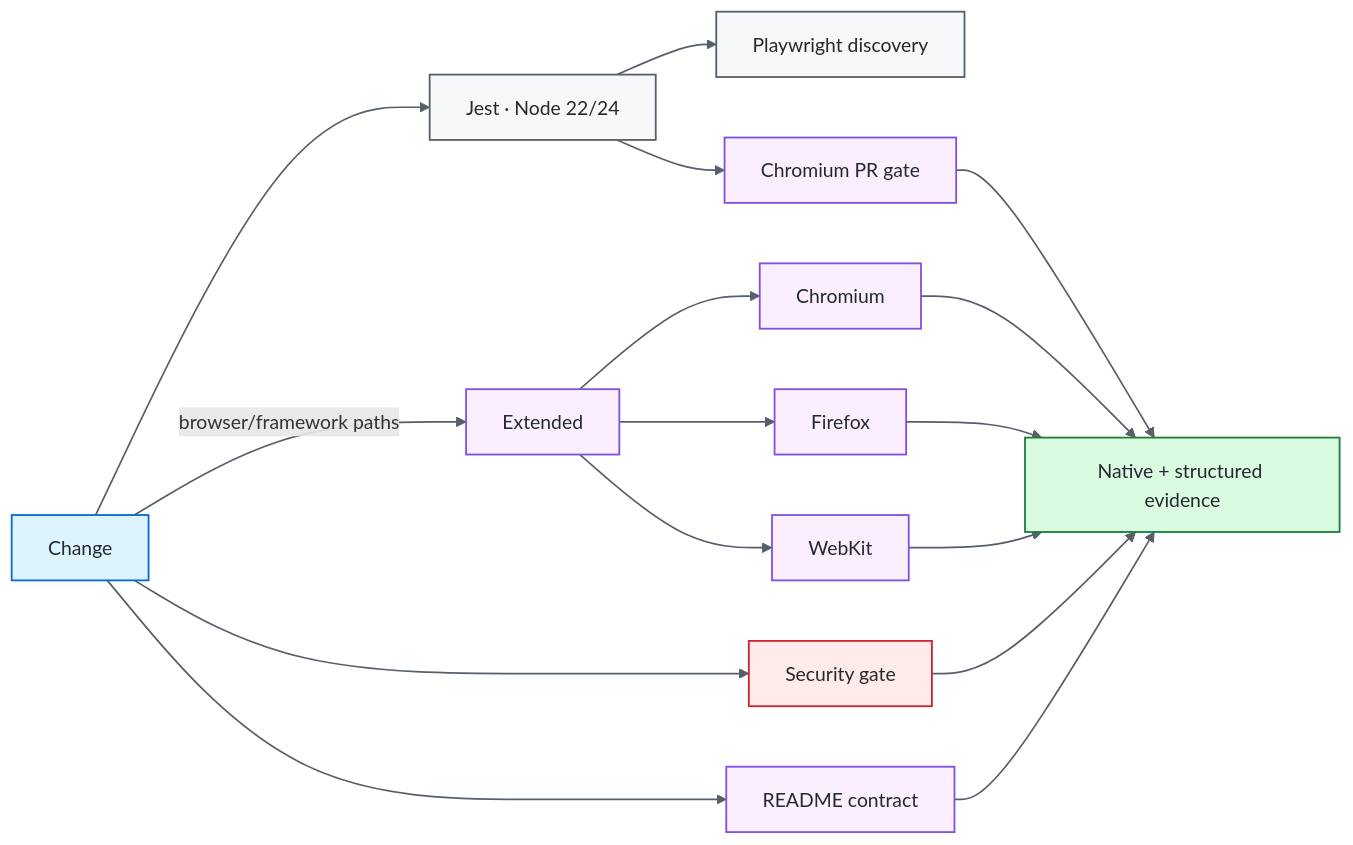
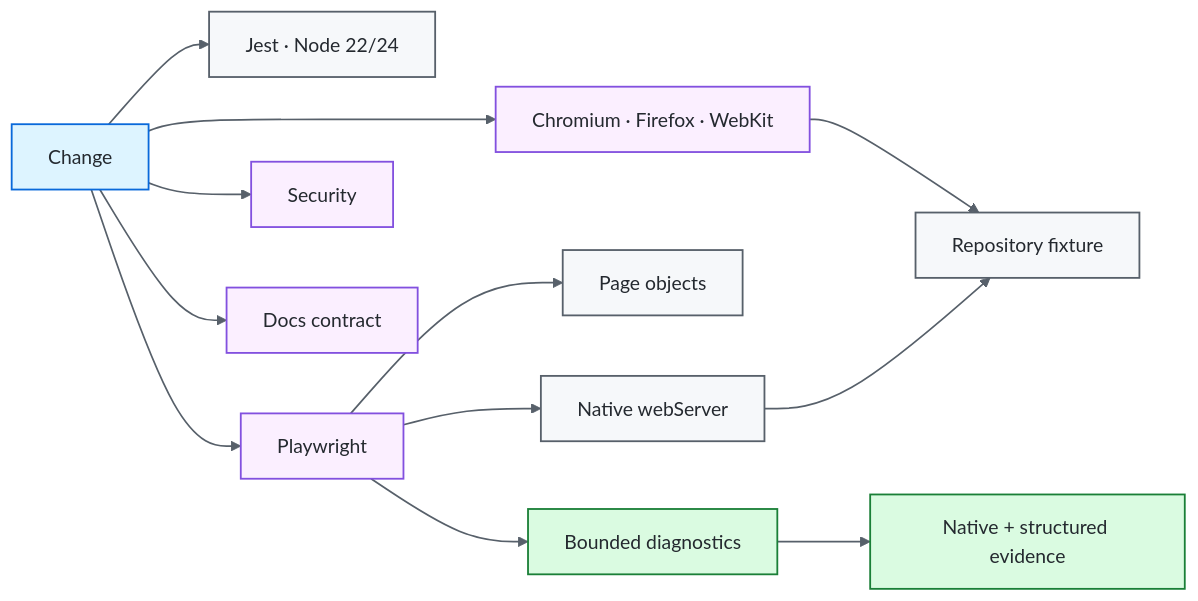
One commit to portyu9/qa-automation-node-playwright changed the diagram in README.md. Above: the diagram before and after it, drawn with Mermaid. The commit also changed other lines of this file and 13 other files, not shown here.

First line of the commit message:
Make browser CI deterministic with local application fixture (#19)

````diff
--- a/README.md
+++ b/README.md
@@ -36,30 +38,24 @@
 ```mermaid
 flowchart LR
     CHANGE[Change] --> FAST[Jest · Node 22/24]
-    FAST --> LIST[Playwright discovery]
-    FAST --> CH[Chromium PR gate]
-    CHANGE --> SEC[Security gate]
-    CHANGE --> DOCS[README contract]
-    CHANGE -->|browser/framework paths| EXT[Extended]
-    EXT --> C[Chromium]
-    EXT --> F[Firefox]
-    EXT --> W[WebKit]
-    CH --> EV[Native + structured evidence]
-    C --> EV
-    F --> EV
-    W --> EV
-    SEC --> EV
-    DOCS --> EV
+    CHANGE --> PW[Playwright]
+    PW --> WEB[Native webServer]
+    WEB --> FIX[Repository fixture]
+    PW --> PAGE[Page objects]
+    PW --> DIAG[Bounded diagnostics]
+    CHANGE --> EXT[Chromium · Firefox · WebKit]
+    EXT --> FIX
+    CHANGE --> SEC[Security]
+    CHANGE --> DOCS[Docs contract]
+    DIAG --> EV[Native + structured evidence]
 
     classDef entry fill:#ddf4ff,stroke:#0969da,color:#24292f,stroke-width:1.5px;
     classDef core fill:#f6f8fa,stroke:#57606a,color:#24292f,stroke-width:1.5px;
     classDef gate fill:#fbefff,stroke:#8250df,color:#24292f,stroke-width:1.5px;
     classDef evidence fill:#dafbe1,stroke:#1a7f37,color:#24292f,stroke-width:1.5px;
-    classDef security fill:#ffebe9,stroke:#cf222e,color:#24292f,stroke-width:1.5px;
     class CHANGE entry;
-    class FAST,LIST core;
-    class CH,EXT,C,F,W,DOCS gate;
-    class SEC security;
-    class EV evidence;
+    class FAST,WEB,FIX,PAGE core;
+    class PW,EXT,SEC,DOCS gate;
+    class DIAG,EV evidence;
     linkStyle default stroke:#57606a,stroke-width:1.4px;
 ```
````
